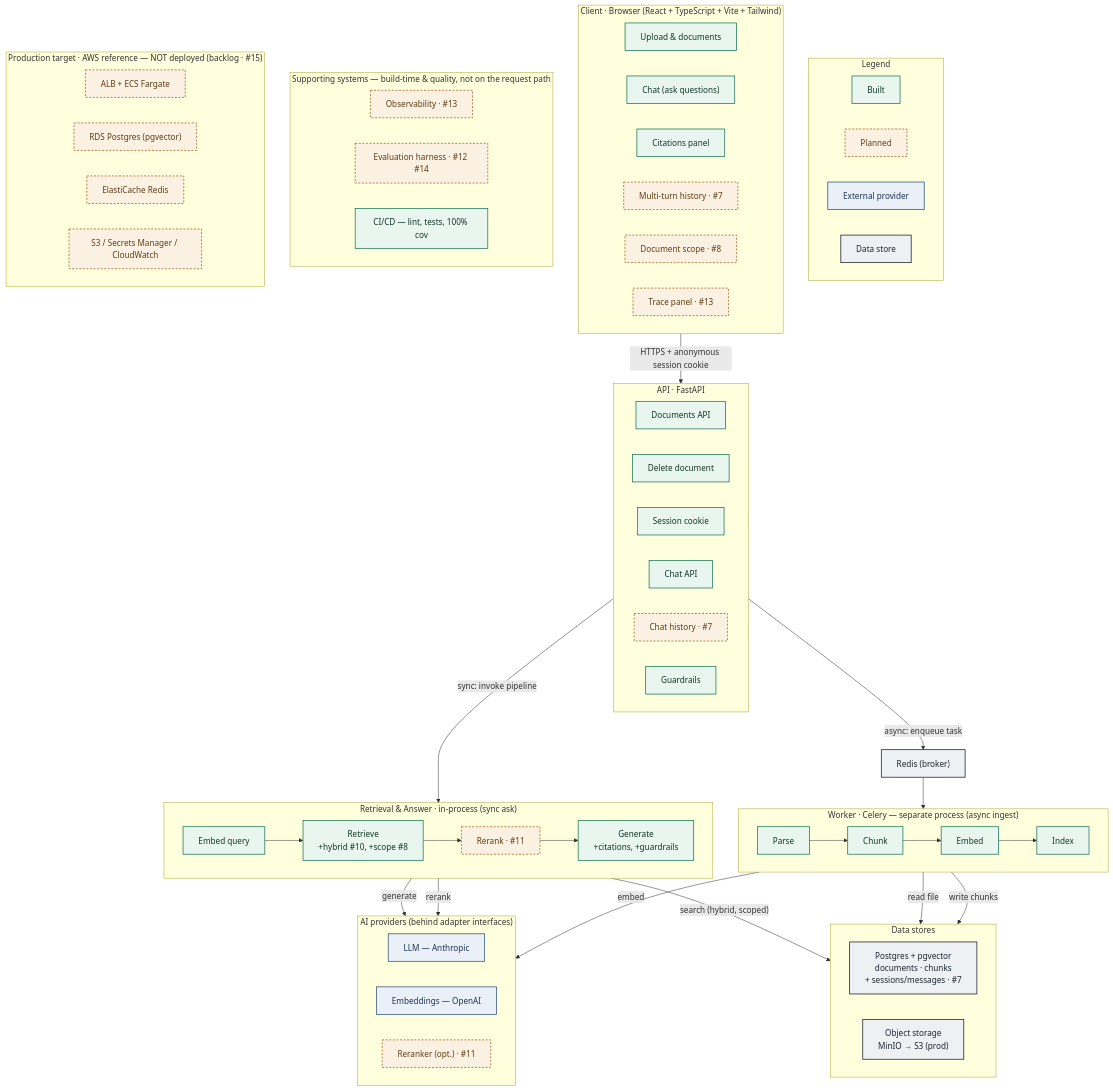
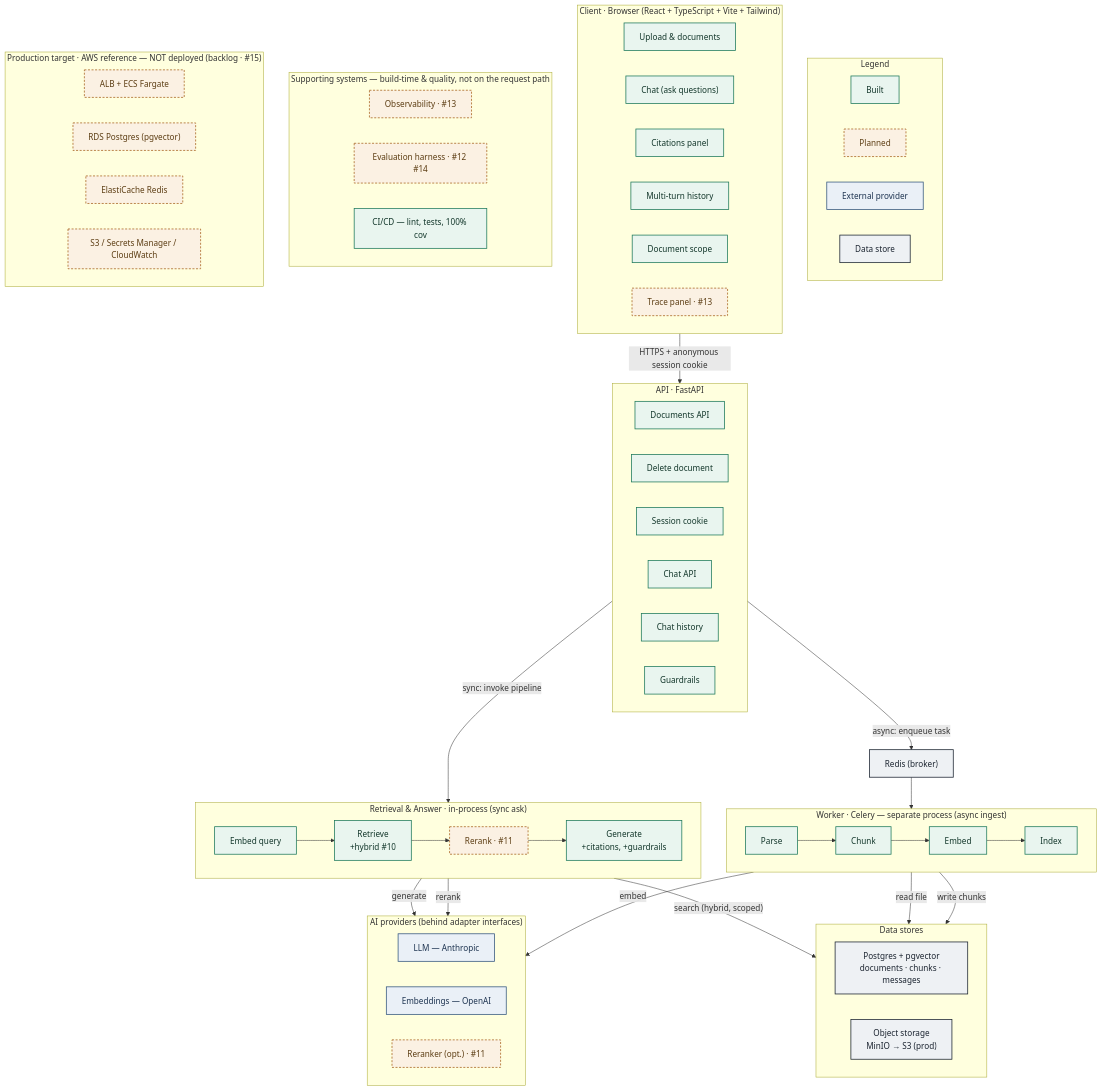
Before and after one commit to amiaynara/chat-with-your-docs: the diagram in docs/architecture.md, drawn with Mermaid. The commit also changed other lines of this file, not shown here.

First line of the commit message:
docs: mark tickets 7-9 built in the architecture ledger

```diff
--- a/docs/architecture.md
+++ b/docs/architecture.md
@@ -34,8 +34,8 @@
         C1["Upload & documents"]:::built
         C2["Chat (ask questions)"]:::built
         C3["Citations panel"]:::built
-        C4["Multi-turn history · #7"]:::planned
-        C5["Document scope · #8"]:::planned
+        C4["Multi-turn history"]:::built
+        C5["Document scope"]:::built
         C6["Trace panel · #13"]:::planned
     end
 
@@ -45,7 +45,7 @@
         A2["Delete document"]:::built
         A3["Session cookie"]:::built
         A4["Chat API"]:::built
-        A5["Chat history · #7"]:::planned
+        A5["Chat history"]:::built
         A6["Guardrails"]:::built
     end
 
@@ -58,12 +58,12 @@
 
     subgraph ASK["Retrieval & Answer · in-process (sync ask)"]
         direction LR
-        Q1["Embed query"]:::built --> Q2["Retrieve<br/>+hybrid #10, +scope #8"]:::built --> Q3["Rerank · #11"]:::planned --> Q4["Generate<br/>+citations, +guardrails"]:::built
+        Q1["Embed query"]:::built --> Q2["Retrieve<br/>+hybrid #10"]:::built --> Q3["Rerank · #11"]:::planned --> Q4["Generate<br/>+citations, +guardrails"]:::built
     end
 
     subgraph DATA["Data stores"]
         direction LR
-        D1["Postgres + pgvector<br/>documents · chunks<br/>+ sessions/messages · #7"]:::store
+        D1["Postgres + pgvector<br/>documents · chunks · messages"]:::store
         D2["Object storage<br/>MinIO → S3 (prod)"]:::store
     end
 
```
